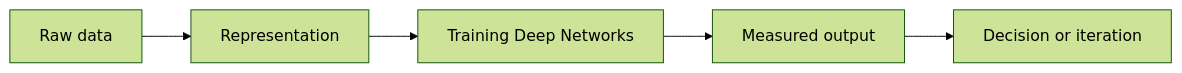
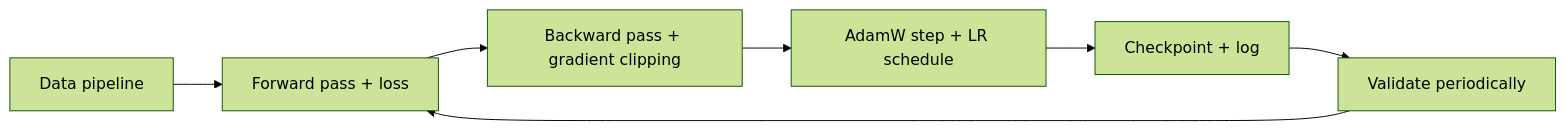
The diagram in deep-learning/13-training-deep-networks.md (Icon1cc/Machine-Learning), drawn with Mermaid (forest theme) before and after one commit. The commit also changed other lines of this file and 264 other files, not shown here.

````diff
--- a/deep-learning/13-training-deep-networks.md
+++ b/deep-learning/13-training-deep-networks.md
@@ -92,7 +239,9 @@
 ```mermaid
 flowchart LR
-    A[Raw data] --> B[Representation]
-    B --> C[Training Deep Networks]
-    C --> D[Measured output]
-    D --> E[Decision or iteration]
+    D[Data pipeline] --> M[Forward pass + loss]
+    M --> B[Backward pass + gradient clipping]
+    B --> O[AdamW step + LR schedule]
+    O --> Ck[Checkpoint + log]
+    Ck --> V[Validate periodically]
+    V --> M
 ```
````
